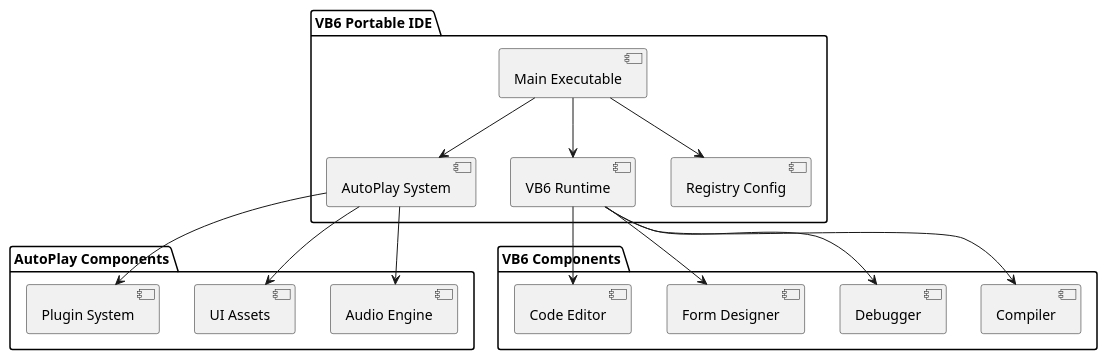
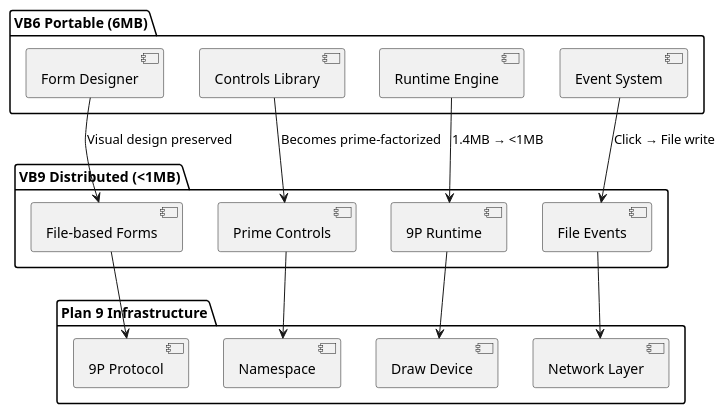
The second of 2 diagrams in README.md (K-Oz/VB6-portable-IDE-exp), drawn with PlantUML before and after one commit. The commit also changed other lines of this file and 3 other files, not shown here.

````diff
--- a/README.md
+++ b/README.md
@@ -47,36 +78,34 @@
 ```plantuml
 @startuml
-package "VB6 Portable IDE" {
-    [Main Executable] as main
-    [AutoPlay System] as autoplay
-    [VB6 Runtime] as runtime
-    [Registry Config] as registry
+package "VB6 Portable (6MB)" {
+    [Form Designer] as vb6form
+    [Controls Library] as vb6controls  
+    [Runtime Engine] as vb6runtime
+    [Event System] as vb6events
 }
 
-package "AutoPlay Components" {
-    [Audio Engine] as audio
-    [UI Assets] as ui
-    [Plugin System] as plugins
+package "VB9 Distributed (<1MB)" {
+    [File-based Forms] as vb9form
+    [Prime Controls] as vb9controls
+    [9P Runtime] as vb9runtime
+    [File Events] as vb9events
 }
 
-package "VB6 Components" {
-    [Compiler] as compiler
-    [Debugger] as debugger  
-    [Form Designer] as designer
-    [Code Editor] as editor
+package "Plan 9 Infrastructure" {
+    [9P Protocol] as ninep
+    [Namespace] as namespace
+    [Draw Device] as draw
+    [Network Layer] as network
 }
 
-main --> autoplay
-main --> runtime
-main --> registry
+vb6form --> vb9form : "Visual design preserved"
+vb6controls --> vb9controls : "Becomes prime-factorized"
+vb6runtime --> vb9runtime : "1.4MB → <1MB"
+vb6events --> vb9events : "Click → File write"
 
-autoplay --> audio
-autoplay --> ui
-autoplay --> plugins
-
-runtime --> compiler
-runtime --> debugger
-runtime --> designer
-runtime --> editor
+vb9form --> ninep
+vb9controls --> namespace
+vb9runtime --> draw
+vb9events --> network
 @enduml
 ```
````
